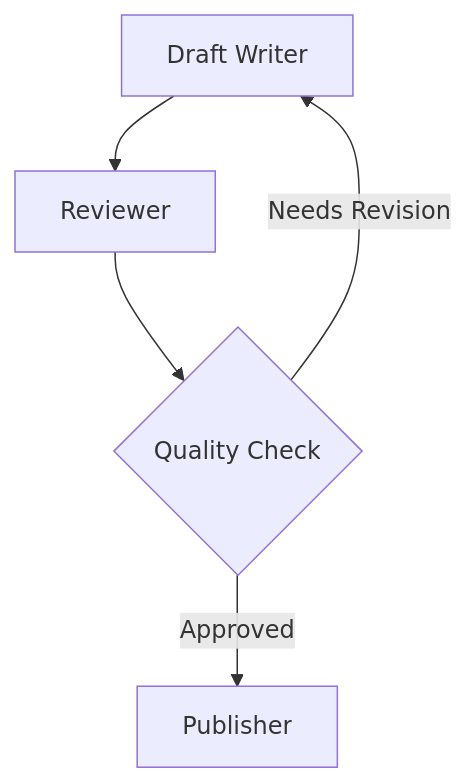
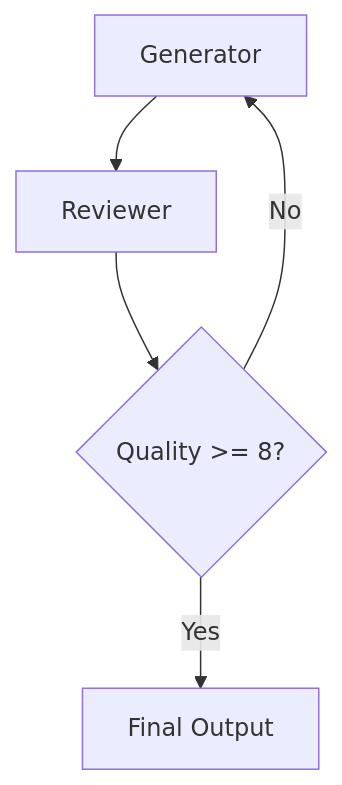
The fourth of 11 diagrams in path-strands-agent/skills/mermaid-diagrams/references/pattern-examples.md (muylucir/path), drawn with Mermaid before and after one commit. The commit also changed other lines of this file and 121 other files, not shown here.

````diff
--- a/path-strands-agent/skills/mermaid-diagrams/references/pattern-examples.md
+++ b/path-strands-agent/skills/mermaid-diagrams/references/pattern-examples.md
@@ -37,7 +39,7 @@
 ```mermaid
 graph TD
-    A[Draft Writer] --> B[Reviewer]
-    B --> C{Quality Check}
-    C -->|Needs Revision| A
-    C -->|Approved| D[Publisher]
+    A[Generator] --> B[Reviewer]
+    B --> C{"Quality >= 8?"}
+    C -->|No| A
+    C -->|Yes| D[Final Output]
 ```
````
